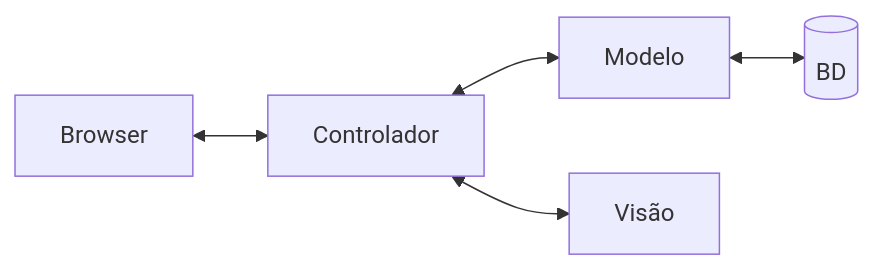
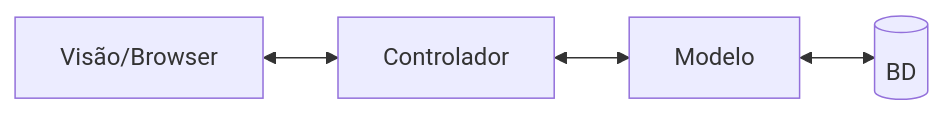
Before and after one commit to mtov/esmforum: the diagram in docs/arquitetura.md, drawn with Mermaid. The commit also changed other lines of this file, not shown here.

````diff
--- a/docs/arquitetura.md
+++ b/docs/arquitetura.md
@@ -7,6 +8,5 @@
 ```mermaid
 flowchart LR
     BD[(BD)]
-    Browser <--> Controlador <--> Modelo  <--> BD 
-    Controlador <--> Visão
+    Visão/Browser <--> Controlador <--> Modelo  <--> BD 
 ```
````
